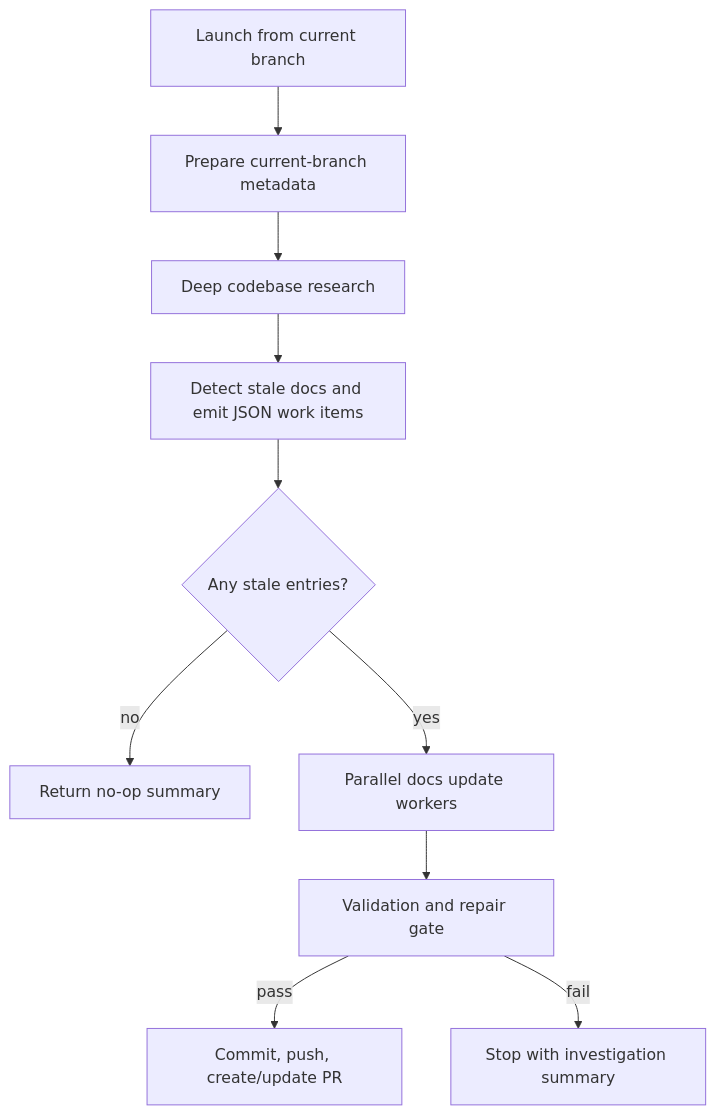
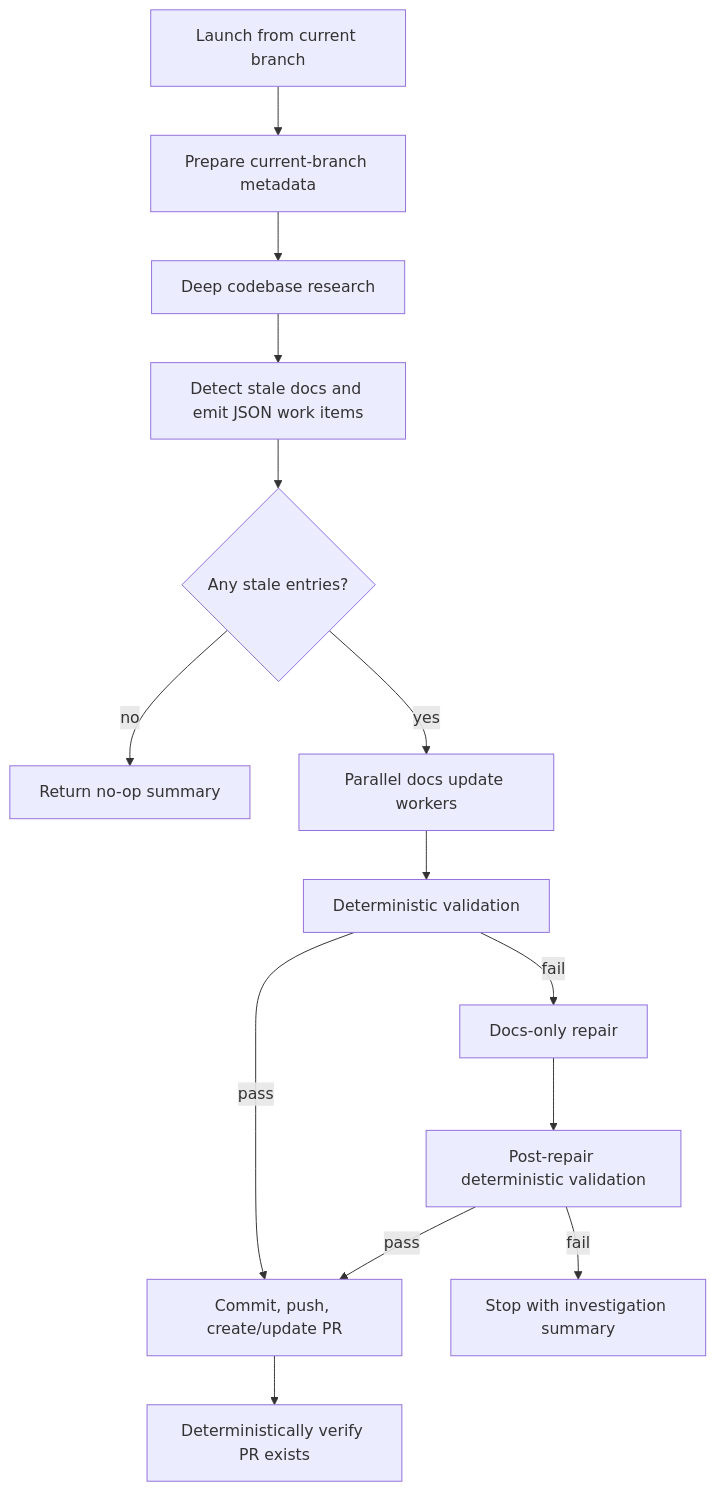
One commit to flora131/atomic changed the diagram in specs/2026-06-07-release-docs-workflow.md. Above: the diagram before and after it, drawn with Mermaid. The commit also changed other lines of this file and 3 other files, not shown here.

````diff
--- a/specs/2026-06-07-release-docs-workflow.md
+++ b/specs/2026-06-07-release-docs-workflow.md
@@ -47,12 +47,16 @@
 ```mermaid
 flowchart TD
   A[Launch from current branch] --> B[Prepare current-branch metadata]
   B --> C[Deep codebase research]
   C --> D[Detect stale docs and emit JSON work items]
   D --> E{Any stale entries?}
   E -- no --> Z[Return no-op summary]
   E -- yes --> F[Parallel docs update workers]
-  F --> G[Validation and repair gate]
+  F --> G[Deterministic validation]
   G -- pass --> H[Commit, push, create/update PR]
-  G -- fail --> Y[Stop with investigation summary]
+  G -- fail --> R[Docs-only repair]
+  R --> G2[Post-repair deterministic validation]
+  G2 -- pass --> H
+  G2 -- fail --> Y[Stop with investigation summary]
+  H --> I[Deterministically verify PR exists]
 ```
````
